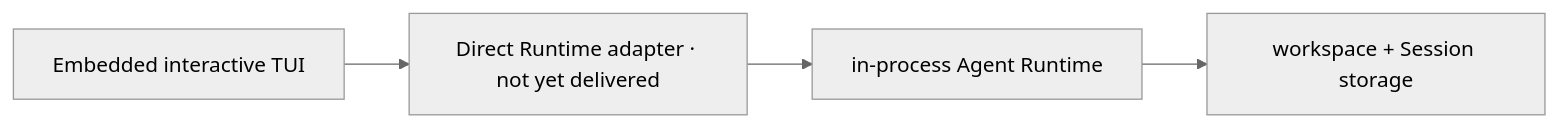
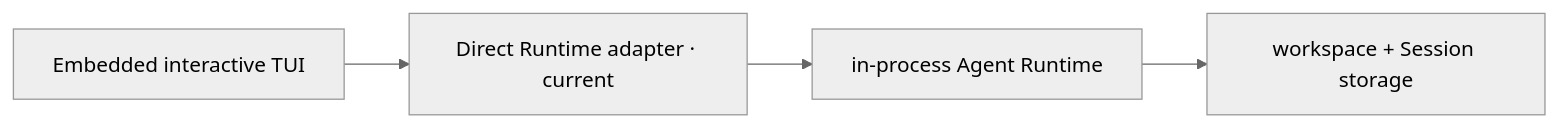
Before and after one commit to 1688mengdie/BitFun: diagram 15 of 17 in docs/architecture/agent-runtime-deployment-design.md, drawn with Mermaid (neutral theme). The commit also changed other lines of this file and 71 other files, not shown here.

Commit message:
refactor(cli): decouple TUI runtime from app server

````diff
--- a/docs/architecture/agent-runtime-deployment-design.md
+++ b/docs/architecture/agent-runtime-deployment-design.md
@@ -435,6 +436,6 @@
 ```mermaid
 flowchart LR
-  TUI["Embedded interactive TUI"] --> Direct["Direct Runtime adapter · not yet delivered"]
+  TUI["Embedded interactive TUI"] --> Direct["Direct Runtime adapter · current"]
   Direct --> Runtime["in-process Agent Runtime"]
   Runtime --> Data["workspace + Session storage"]
 ```
````
